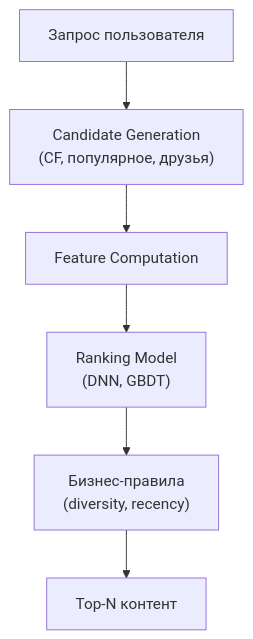
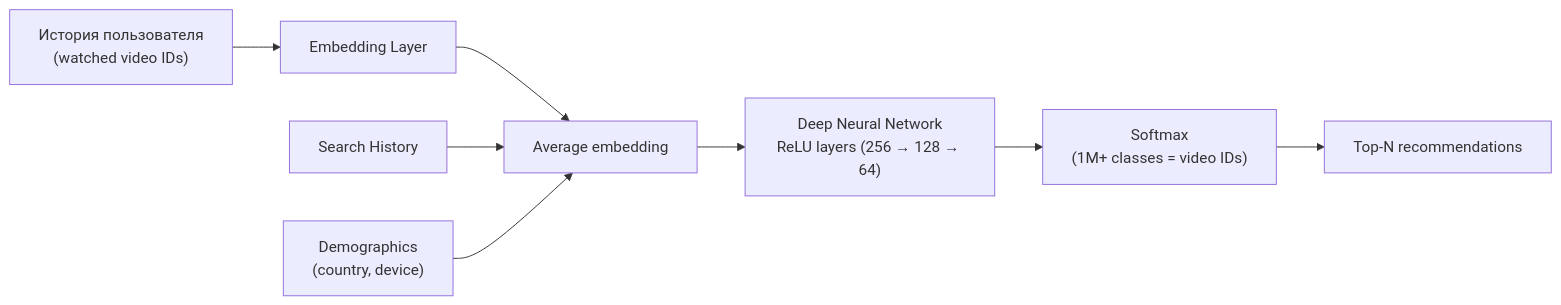
One commit to sergeyodnoval-bot/sysanalyst-kb.github.io changed the third of 3 diagrams in tech/recommendation.md. Above: the diagram before and after it, drawn with Mermaid. The commit also changed other lines of this file and 12 other files, not shown here.

````diff
--- a/tech/recommendation.md
+++ b/tech/recommendation.md
@@ -31,8 +235,10 @@
 ```mermaid
-flowchart TD
-    REQ["Запрос пользователя"] --> CAND["Candidate Generation<br/>(CF, популярное, друзья)"]
-    CAND --> FEAT["Feature Computation"]
-    FEAT --> RANK["Ranking Model<br/>(DNN, GBDT)"]
-    RANK --> POLICIES["Бизнес-правила<br/>(diversity, recency)"]
-    POLICIES --> TOP["Top-N контент"]
+flowchart LR
+    HIST["История пользователя<br/>(watched video IDs)"] --> EMB["Embedding Layer"]
+    EMB --> AVG["Average embedding"]
+    SEARCH["Search History"] --> AVG
+    DEMO["Demographics<br/>(country, device)"] --> AVG
+    AVG --> DNN["Deep Neural Network<br/>ReLU layers (256 → 128 → 64)"]
+    DNN --> SOFTMAX["Softmax<br/>(1M+ classes = video IDs)"]
+    SOFTMAX --> TOP["Top-N recommendations"]
 ```
````
